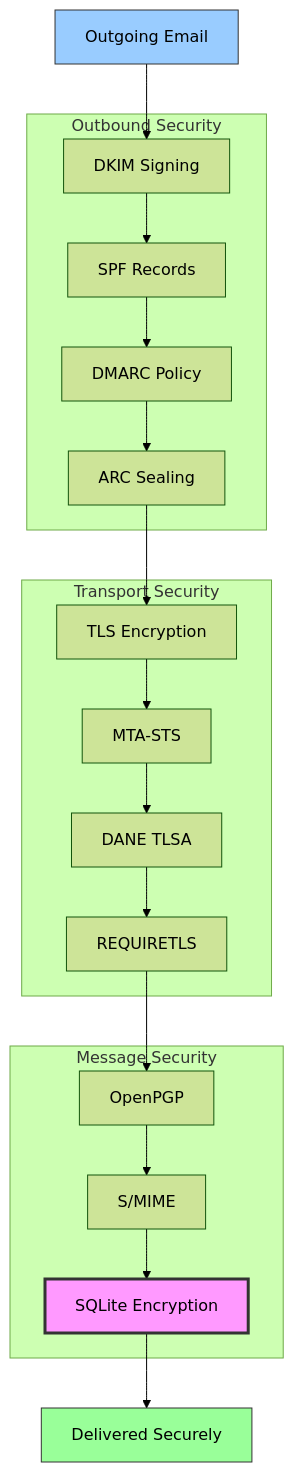
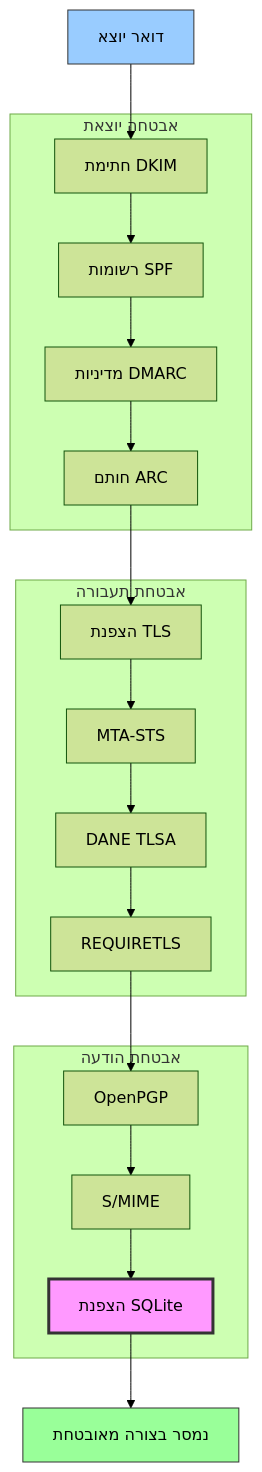
Before and after one commit to forwardemail/forwardemail.net: the fourth of 16 diagrams in app/views/docs/email-protocols-rfc-compliance-imap-smtp-pop3-comparison/index-he.md, drawn with Mermaid (forest theme). The commit also changed other lines of this file and 1055 other files, not shown here.

````diff
--- a/app/views/docs/email-protocols-rfc-compliance-imap-smtp-pop3-comparison/index-he.md
+++ b/app/views/docs/email-protocols-rfc-compliance-imap-smtp-pop3-comparison/index-he.md
@@ -554,39 +551,39 @@
 ```mermaid
 graph TB
-    subgraph "Outbound Security"
-        DKIM[DKIM Signing]
-        SPF[SPF Records]
-        DMARC[DMARC Policy]
-        ARC[ARC Sealing]
+    subgraph "אבטחה יוצאת"
+        DKIM[חתימת DKIM]
+        SPF[רשומות SPF]
+        DMARC[מדיניות DMARC]
+        ARC[חותם ARC]
     end
 
-    subgraph "Transport Security"
-        TLS[TLS Encryption]
+    subgraph "אבטחת תעבורה"
+        TLS[הצפנת TLS]
         MTASTS[MTA-STS]
         DANE[DANE TLSA]
         REQTLS[REQUIRETLS]
     end
 
-    subgraph "Message Security"
+    subgraph "אבטחת הודעה"
         PGP[OpenPGP]
         SMIME[S/MIME]
-        ENCRYPT[SQLite Encryption]
+        ENCRYPT[הצפנת SQLite]
     end
 
-    Email[Outgoing Email] --> DKIM
+    Email[דואר יוצא] --> DKIM
     DKIM --> SPF
     SPF --> DMARC
     DMARC --> ARC
     ARC --> TLS
     TLS --> MTASTS
     MTASTS --> DANE
     DANE --> REQTLS
     REQTLS --> PGP
     PGP --> SMIME
     SMIME --> ENCRYPT
-    ENCRYPT --> Delivered[Delivered Securely]
+    ENCRYPT --> Delivered[נמסר בצורה מאובטחת]
 
     style Email fill:#9cf,stroke:#333
     style Delivered fill:#9f9,stroke:#333
     style ENCRYPT fill:#f9f,stroke:#333,stroke-width:3px
 ```
````
